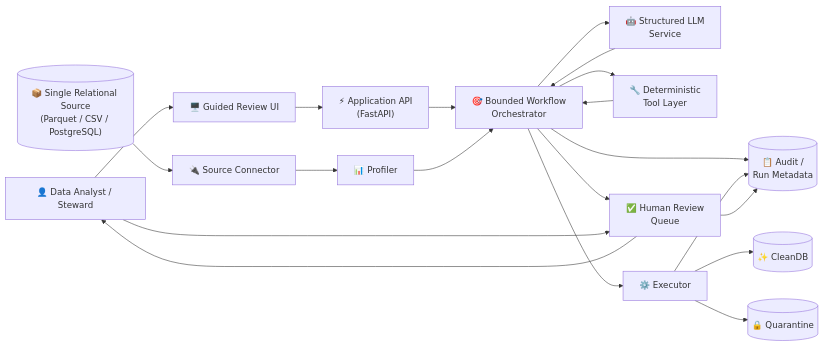
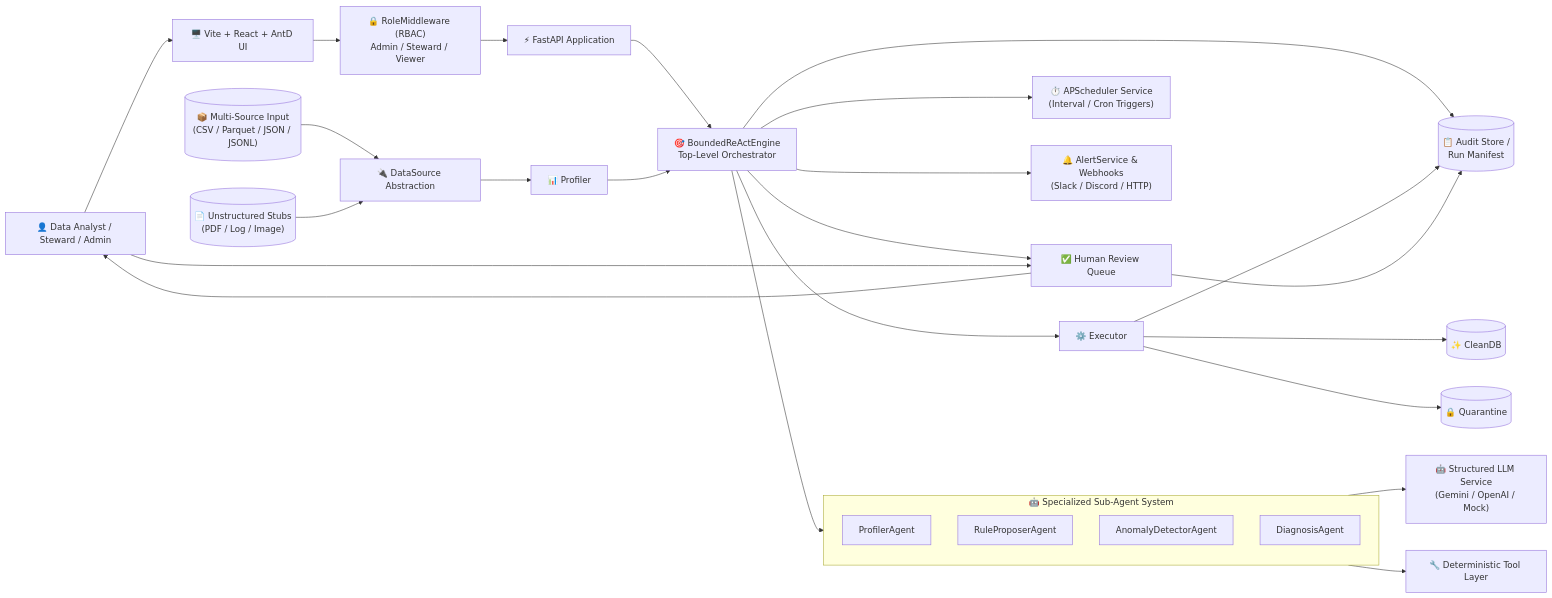
One commit to Dino1059/Phase2_VSF changed the first of 5 diagrams in ARCHITECTURE.md. Above: the diagram before and after it, drawn with Mermaid. The commit also changed other lines of this file and 1 other file, not shown here.

Commit message:
docs: sync v2 architecture diagrams and sub-agent contracts in ARCHITECTURE.md

````diff
--- a/ARCHITECTURE.md
+++ b/ARCHITECTURE.md
@@ -43,32 +43,43 @@
 ```mermaid
 flowchart LR
-    U["👤 Data Analyst / Steward"]
-    S[("📦 Single Relational Source<br/>(Parquet / CSV / PostgreSQL)")]
+    U["👤 Data Analyst / Steward / Admin"]
+    S[("📦 Multi-Source Input<br/>(CSV / Parquet / JSON / JSONL)")]
+    STUB[("📄 Unstructured Stubs<br/>(PDF / Log / Image)")]
     
-    U --> UI["🖥️ Guided Review UI"]
-    S --> IN["🔌 Source Connector"]
+    U --> UI["🖥️ Vite + React + AntD UI"]
+    S --> DS["🔌 DataSource Abstraction"]
+    STUB --> DS
     
-    UI --> API["⚡ Application API<br/>(FastAPI)"]
-    IN --> PROF["📊 Profiler"]
+    UI --> RBAC["🔒 RoleMiddleware (RBAC)<br/>Admin / Steward / Viewer"]
+    RBAC --> API["⚡ FastAPI Application"]
+    DS --> PROF["📊 Profiler"]
     
-    API --> ORCH["🎯 Bounded Workflow<br/>Orchestrator"]
+    API --> ORCH["🎯 BoundedReActEngine<br/>Top-Level Orchestrator"]
     PROF --> ORCH
     
-    ORCH --> LLM["🤖 Structured LLM<br/>Service"]
-    ORCH --> TOOLS["🔧 Deterministic<br/>Tool Layer"]
+    subgraph SubAgents["🤖 Specialized Sub-Agent System"]
+        PA["ProfilerAgent"]
+        RA["RuleProposerAgent"]
+        AA["AnomalyDetectorAgent"]
+        DA["DiagnosisAgent"]
+    end
     
-    LLM --> ORCH
-    TOOLS --> ORCH
+    ORCH --> SubAgents
+    SubAgents --> LLM["🤖 Structured LLM Service<br/>(Gemini / OpenAI / Mock)"]
+    SubAgents --> TOOLS["🔧 Deterministic Tool Layer"]
     
-    ORCH --> HITL["✅ Human Review<br/>Queue"]
+    ORCH --> SCHED["⏱️ APScheduler Service<br/>(Interval / Cron Triggers)"]
+    ORCH --> ALERT["🔔 AlertService & Webhooks<br/>(Slack / Discord / HTTP)"]
+    
+    ORCH --> HITL["✅ Human Review Queue"]
     HITL --> U
     U --> HITL
     
     ORCH --> EXEC["⚙️ Executor"]
     EXEC --> CLEAN[("✨ CleanDB")]
     EXEC --> QUAR[("🔒 Quarantine")]
     
-    ORCH --> AUDIT[("📋 Audit /<br/>Run Metadata")]
+    ORCH --> AUDIT[("📋 Audit Store /<br/>Run Manifest")]
     EXEC --> AUDIT
     HITL --> AUDIT
 ```
````
